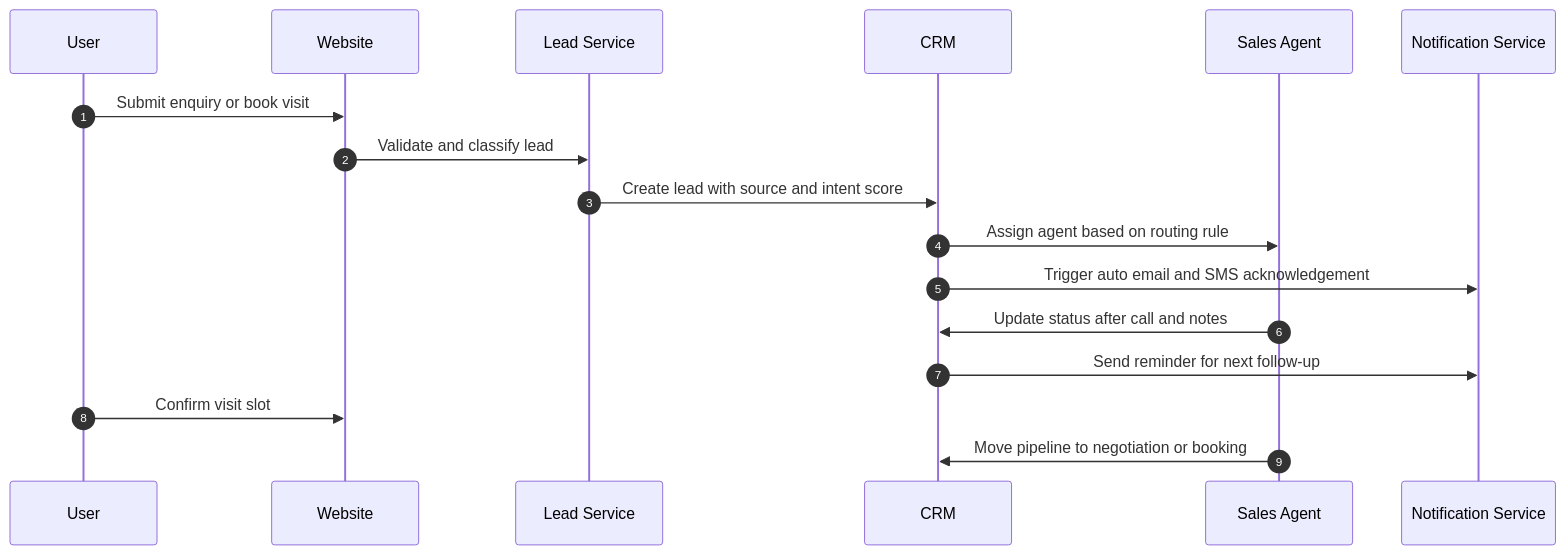
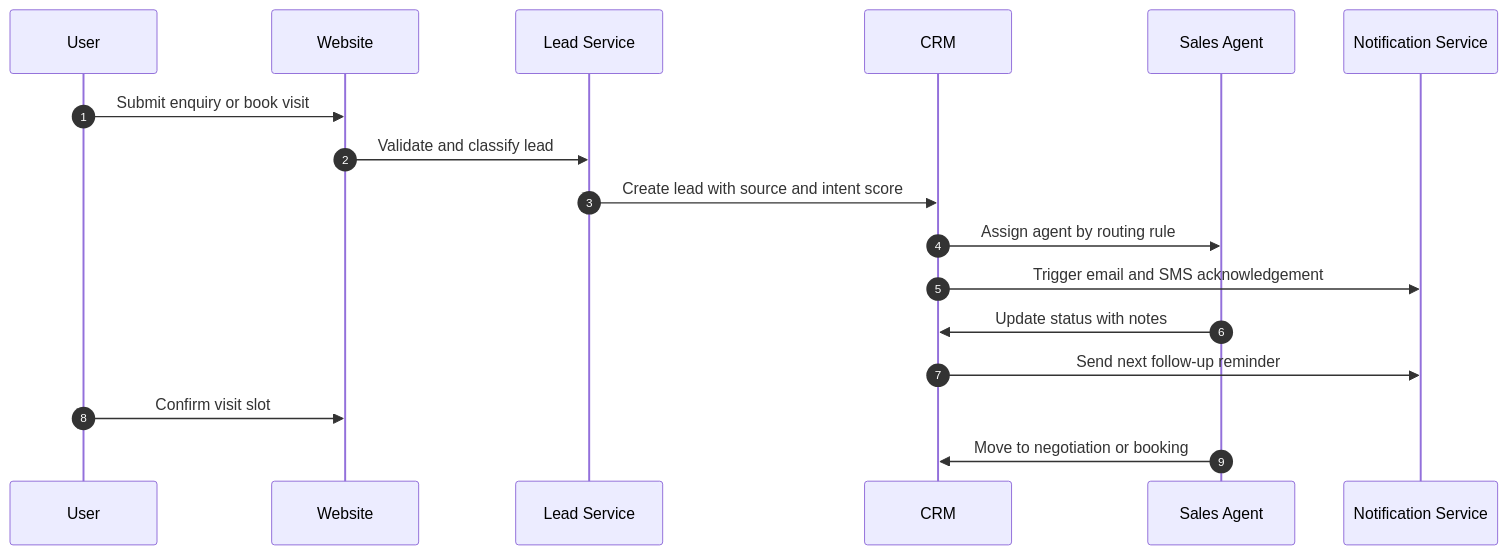
The third of 9 diagrams in README.md (likhon29/advance-landmark-limited), drawn with Mermaid before and after one commit. The commit also changed other lines of this file, not shown here.

````diff
--- a/README.md
+++ b/README.md
@@ -146,20 +234,20 @@
 ```mermaid
 sequenceDiagram
     autonumber
     participant U as User
     participant W as Website
     participant L as Lead Service
     participant C as CRM
     participant S as Sales Agent
     participant N as Notification Service
 
     U->>W: Submit enquiry or book visit
     W->>L: Validate and classify lead
     L->>C: Create lead with source and intent score
-    C->>S: Assign agent based on routing rule
-    C->>N: Trigger auto email and SMS acknowledgement
-    S->>C: Update status after call and notes
-    C->>N: Send reminder for next follow-up
+    C->>S: Assign agent by routing rule
+    C->>N: Trigger email and SMS acknowledgement
+    S->>C: Update status with notes
+    C->>N: Send next follow-up reminder
     U->>W: Confirm visit slot
-    S->>C: Move pipeline to negotiation or booking
+    S->>C: Move to negotiation or booking
 ```
````
